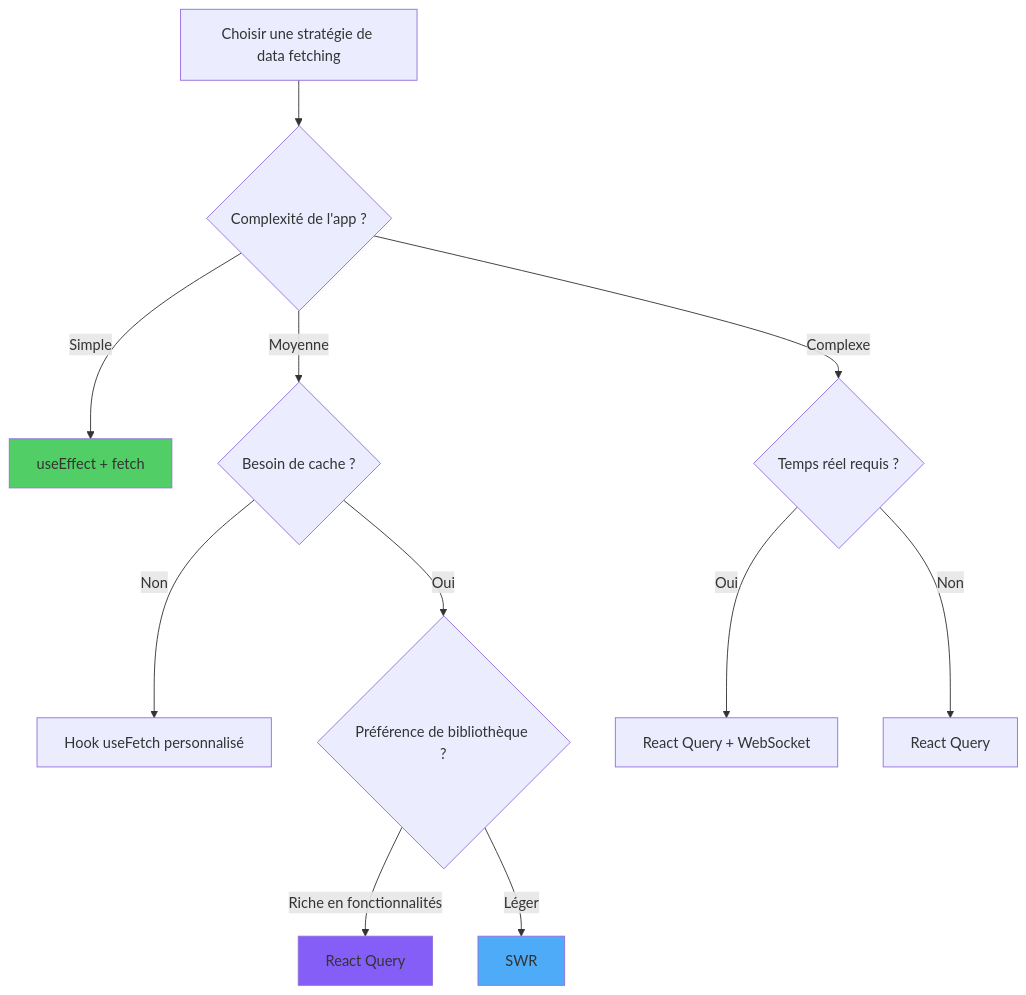
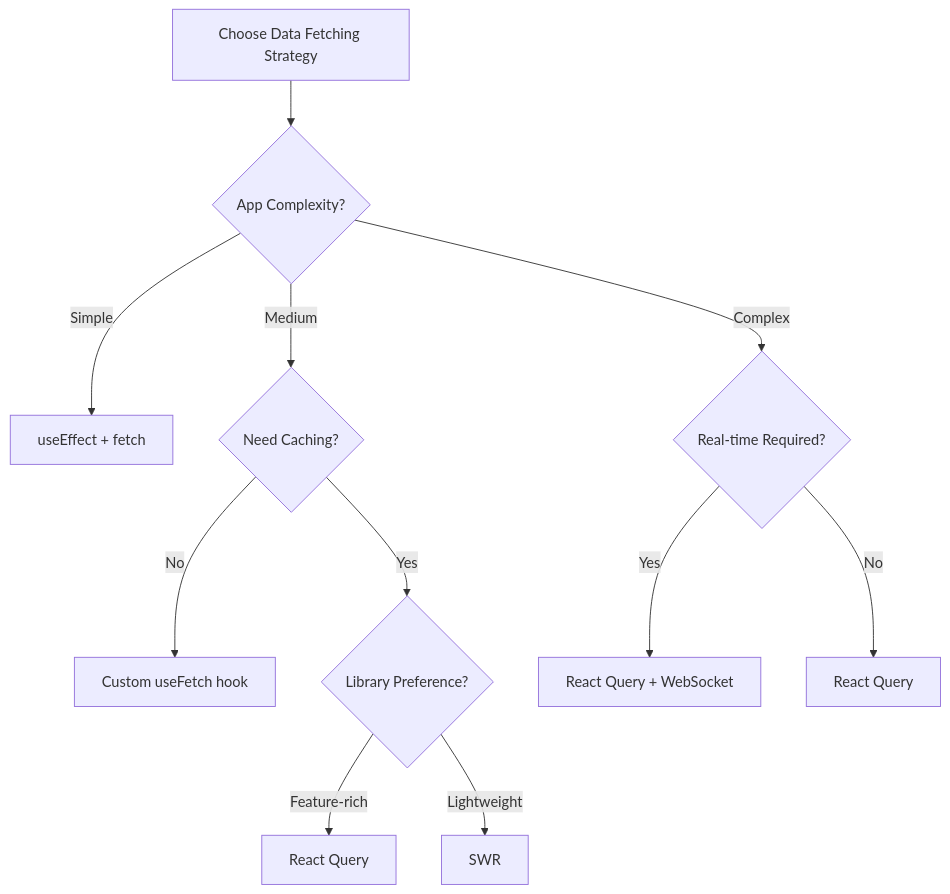
Before and after one commit to BabaScience/react-guides: the sixth of 6 diagrams in arguments/chapters/fr/07-data-fetching.md, drawn with Mermaid. The commit also changed other lines of this file and 29 other files, not shown here.

First line of the commit message:
Bring React FR/IT translations to full English parity + theme-safe diagrams

````diff
--- a/arguments/chapters/fr/07-data-fetching.md
+++ b/arguments/chapters/fr/07-data-fetching.md
@@ -382,21 +2076,18 @@
 ```mermaid
 graph TD
-    A["Choisir une stratégie de data fetching"] --> B{"Complexité de l'app ?"}
-
-    B -->|Simple| C["useEffect + fetch"]
-    B -->|Moyenne| D{"Besoin de cache ?"}
-    B -->|Complexe| E{"Temps réel requis ?"}
-
-    D -->|Non| F["Hook useFetch personnalisé"]
-    D -->|Oui| G{"Préférence de bibliothèque ?"}
-
-    G -->|Riche en fonctionnalités| H["React Query"]
-    G -->|Léger| I["SWR"]
-
-    E -->|Oui| J["React Query + WebSocket"]
-    E -->|Non| K["React Query"]
-
-    style C fill:#51cf66
-    style H fill:#845ef7
-    style I fill:#4dabf7
+    A[Choose Data Fetching Strategy] --> B{App Complexity?}
+    
+    B -->|Simple| C[useEffect + fetch]
+    B -->|Medium| D{Need Caching?}
+    B -->|Complex| E{Real-time Required?}
+    
+    D -->|No| F[Custom useFetch hook]
+    D -->|Yes| G{Library Preference?}
+    
+    G -->|Feature-rich| H[React Query]
+    G -->|Lightweight| I[SWR]
+    
+    E -->|Yes| J[React Query + WebSocket]
+    E -->|No| K[React Query]
+    
 ```
````
